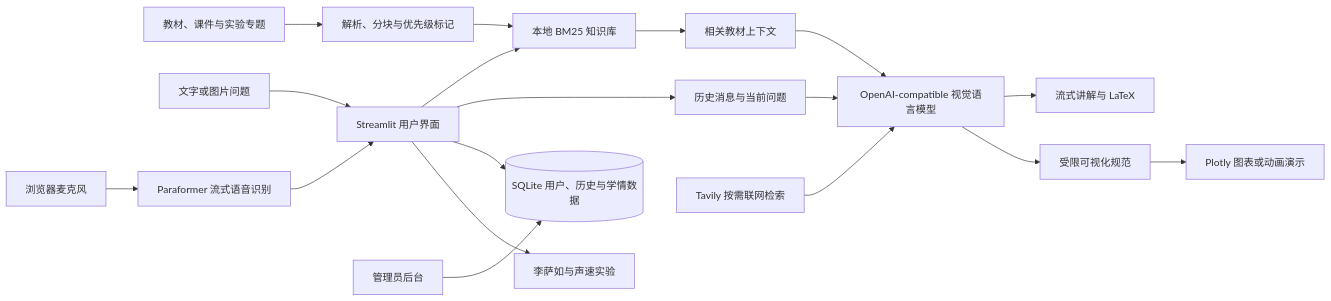
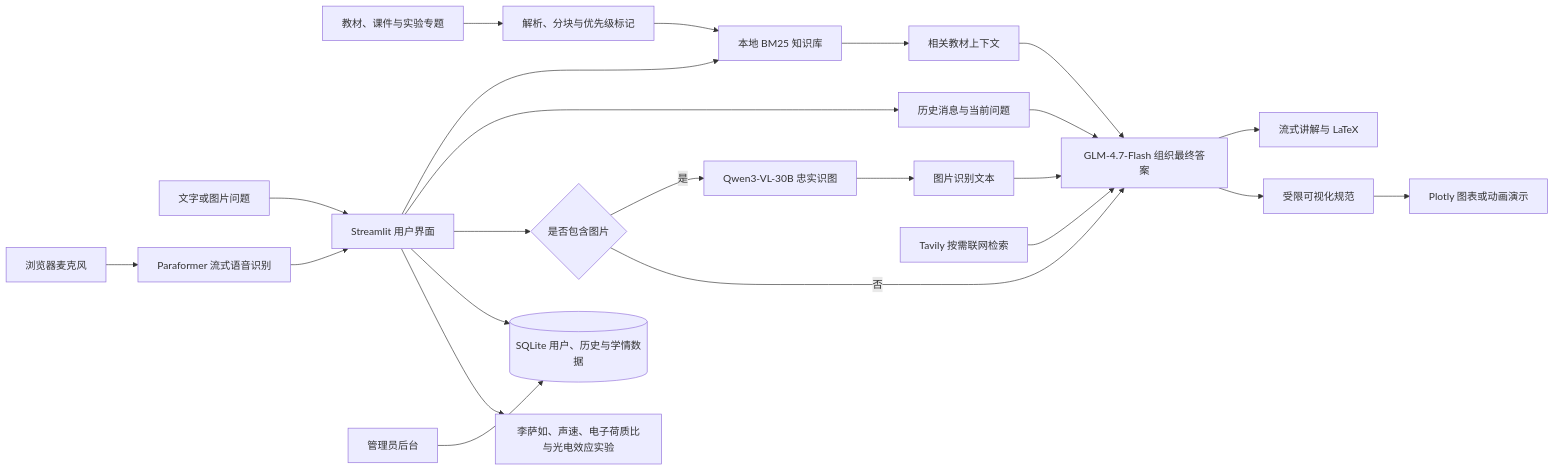
Before and after one commit to RENAI-PHYSICS-AI/Ren-ai_Intelligent_Teaching_Assistant_for_College_Physics: the diagram in README.md, drawn with Mermaid. The commit also changed other lines of this file and 5 other files, not shown here.

````diff
--- a/README.md
+++ b/README.md
@@ -46,20 +48,25 @@
 ```mermaid
 flowchart LR
     A[教材、课件与实验专题] --> B[解析、分块与优先级标记]
     B --> C[本地 BM25 知识库]
     D[文字或图片问题] --> E[Streamlit 用户界面]
     P[浏览器麦克风] --> Q[Paraformer 流式语音识别]
     Q --> E
     E --> C
     C --> F[相关教材上下文]
     E --> G[历史消息与当前问题]
-    F --> H[OpenAI-compatible 视觉语言模型]
+    E --> R{是否包含图片}
+    R -- 是 --> V[Qwen3-VL-30B 忠实识图]
+    V --> X[图片识别文本]
+    F --> H[GLM-4.7-Flash 组织最终答案]
     G --> H
+    X --> H
+    R -- 否 --> H
     O[Tavily 按需联网检索] --> H
     H --> I[流式讲解与 LaTeX]
     H --> J[受限可视化规范]
     J --> K[Plotly 图表或动画演示]
     E --> L[(SQLite 用户、历史与学情数据)]
     M[管理员后台] --> L
-    E --> N[李萨如与声速实验]
+    E --> N[李萨如、声速、电子荷质比与光电效应实验]
 ```
````
